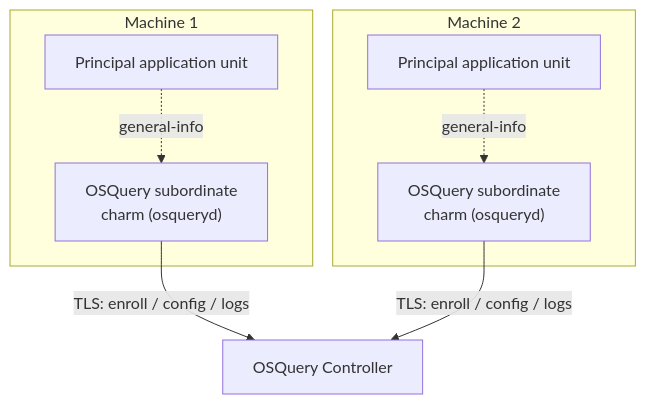
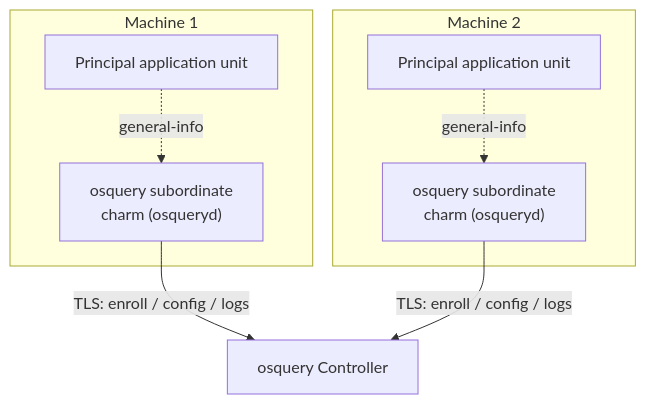
The diagram in docs/reference/high-level-deployment.rst (canonical/osquery-operator), drawn with Mermaid before and after one commit. The commit also changed other lines of this file and 61 other files, not shown here.

```diff
--- a/docs/reference/high-level-deployment.rst
+++ b/docs/reference/high-level-deployment.rst
@@ -16,16 +16,16 @@
 .. mermaid::
 
     flowchart TD
         subgraph host1["Machine 1"]
             principal1["Principal application unit"]
-            osquery1["OSQuery subordinate<br/>charm (osqueryd)"]
+            osquery1["osquery subordinate<br/>charm (osqueryd)"]
             principal1 -.->|general-info| osquery1
         end
         subgraph host2["Machine 2"]
             principal2["Principal application unit"]
-            osquery2["OSQuery subordinate<br/>charm (osqueryd)"]
+            osquery2["osquery subordinate<br/>charm (osqueryd)"]
             principal2 -.->|general-info| osquery2
         end
-        controller["OSQuery Controller"]
+        controller["osquery Controller"]
         osquery1 -->|TLS: enroll / config / logs| controller
         osquery2 -->|TLS: enroll / config / logs| controller
```
